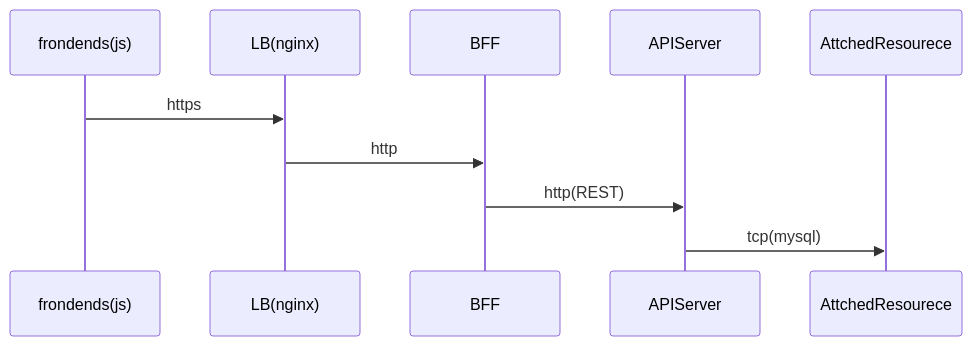
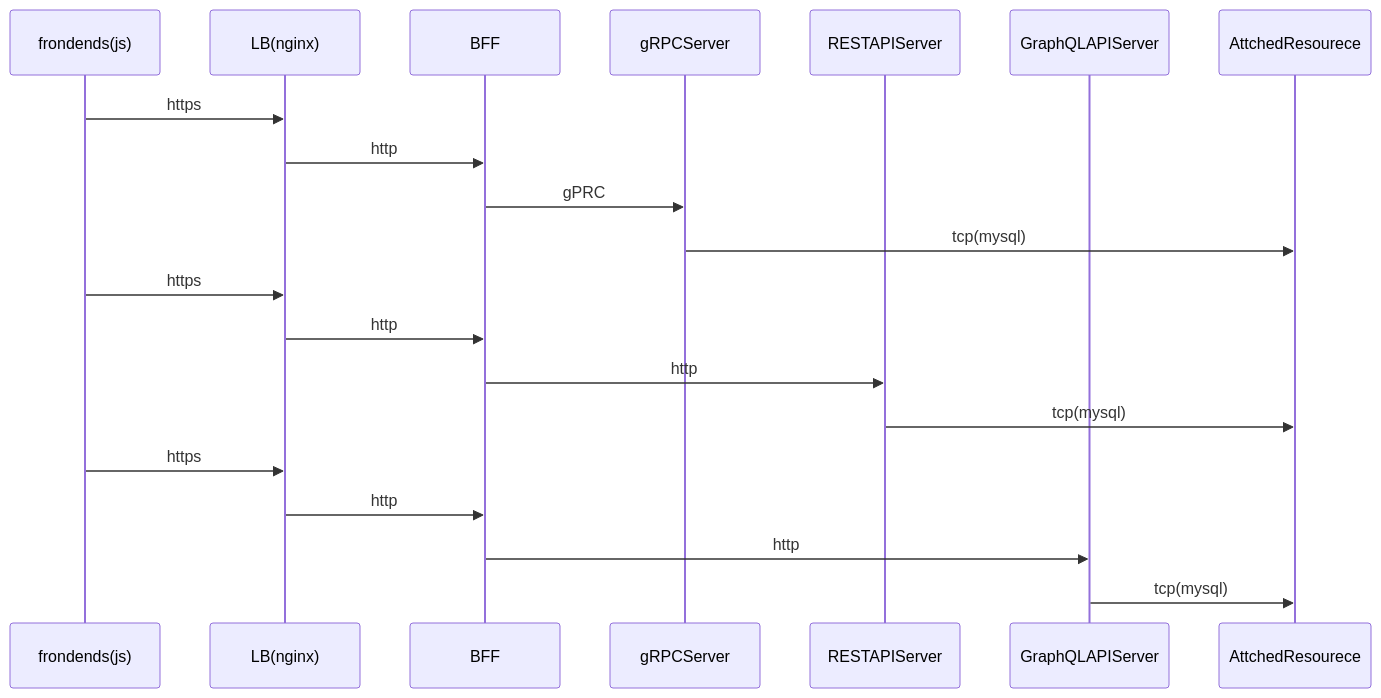
Before and after one commit to taguch1/try-bff: the diagram in README.md, drawn with Mermaid. The commit also changed other lines of this file, not shown here.

````diff
--- a/README.md
+++ b/README.md
@@ -11,7 +11,25 @@
 ```mermaid
 sequenceDiagram
-    frondends(js)->>LB(nginx):https
-    LB(nginx)->>BFF:http
-    BFF->>APIServer:http(REST)
-    APIServer->>AttchedResourece:tcp(mysql)
+    participant js   as frondends(js)
+    participant lb   as LB(nginx)
+    participant bff  as BFF
+    participant grpc as gRPCServer
+    participant rest as RESTAPIServer
+    participant gql  as GraphQLAPIServer
+    participant rdb  as AttchedResourece
+
+    js->>lb:https
+    lb->>bff:http
+    bff->>grpc:gPRC
+    grpc->>rdb:tcp(mysql)
+
+    js->>lb:https
+    lb->>bff:http
+    bff->>rest:http
+    rest->>rdb:tcp(mysql)
+
+    js->>lb:https
+    lb->>bff:http
+    bff->>gql:http
+    gql->>rdb:tcp(mysql)
 ```
````
